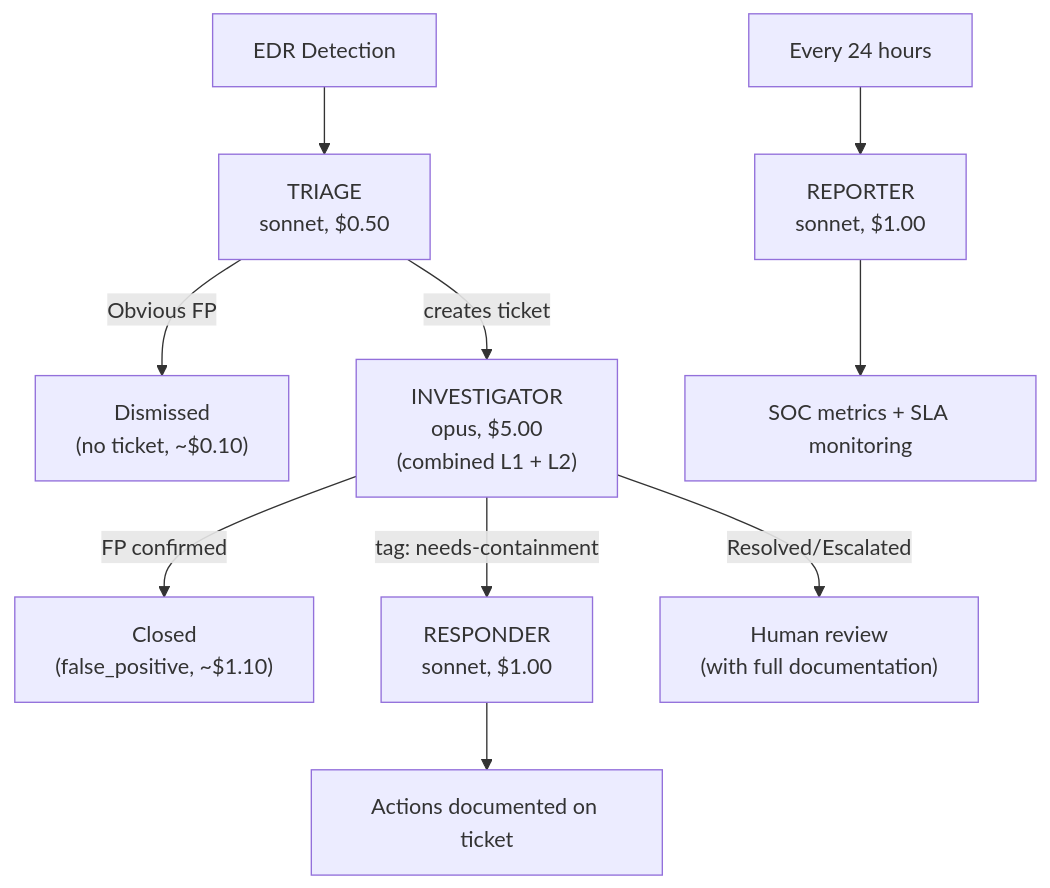
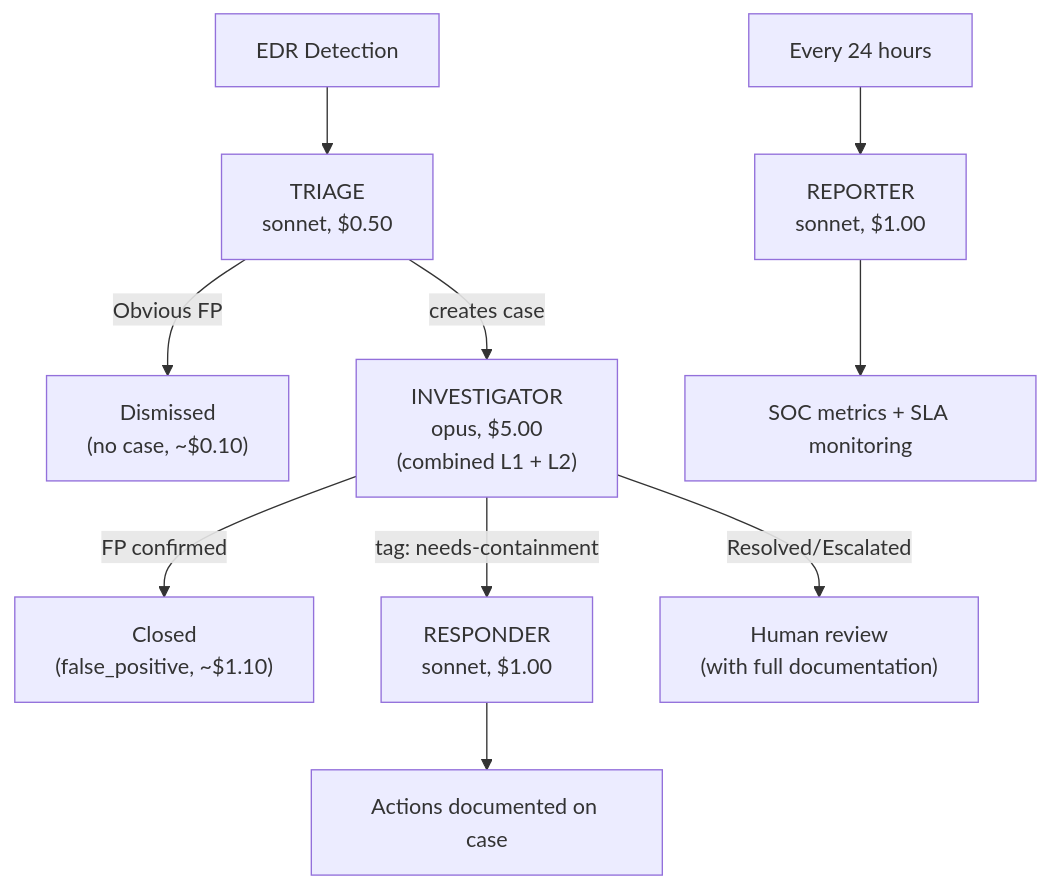
The diagram in lc-soc/lean-soc/README.md (refractionPOINT/lc-ai), drawn with Mermaid before and after one commit. The commit also changed other lines of this file and 74 other files, not shown here.

First line of the commit message:
Rename ticket→case in AI agent configs

````diff
--- a/lc-soc/lean-soc/README.md
+++ b/lc-soc/lean-soc/README.md
@@ -7,13 +7,13 @@
 ```mermaid
 flowchart TD
     det[EDR Detection] --> triage["TRIAGE<br/>sonnet, $0.50"]
-    triage -->|Obvious FP| dismissed["Dismissed<br/>(no ticket, ~$0.10)"]
-    triage -->|creates ticket| inv["INVESTIGATOR<br/>opus, $5.00<br/>(combined L1 + L2)"]
+    triage -->|Obvious FP| dismissed["Dismissed<br/>(no case, ~$0.10)"]
+    triage -->|creates case| inv["INVESTIGATOR<br/>opus, $5.00<br/>(combined L1 + L2)"]
     inv -->|FP confirmed| closed["Closed<br/>(false_positive, ~$1.10)"]
     inv -->|"tag: needs-containment"| resp["RESPONDER<br/>sonnet, $1.00"]
-    resp --> actions[Actions documented on ticket]
+    resp --> actions[Actions documented on case]
     inv -->|Resolved/Escalated| human["Human review<br/>(with full documentation)"]
 
     schedule["Every 24 hours"] --> reporter["REPORTER<br/>sonnet, $1.00"]
     reporter --> metrics[SOC metrics + SLA monitoring]
 ```
````
